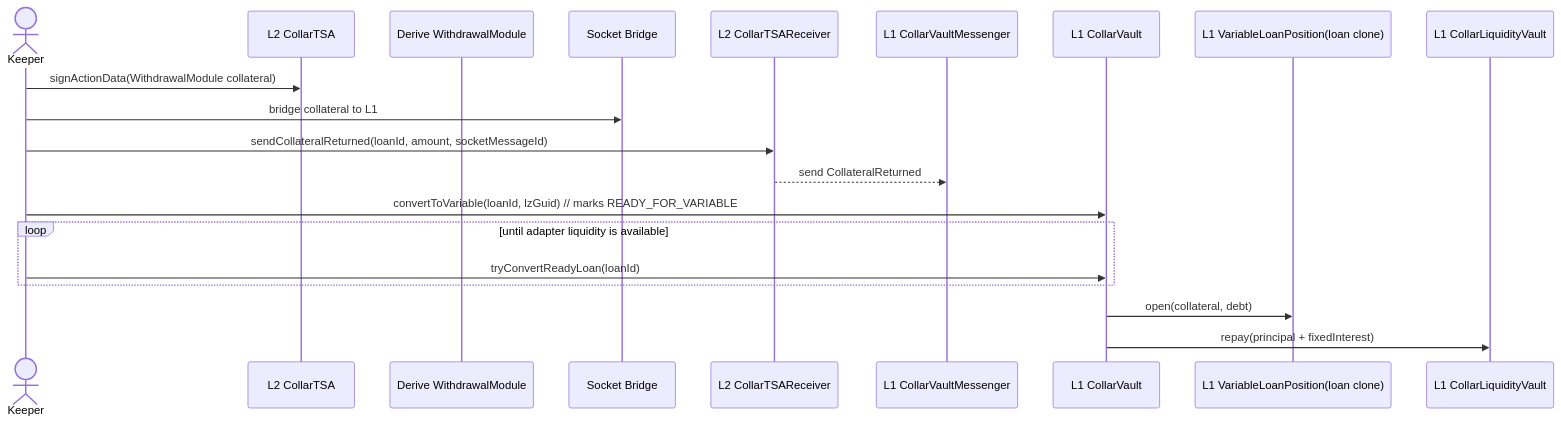
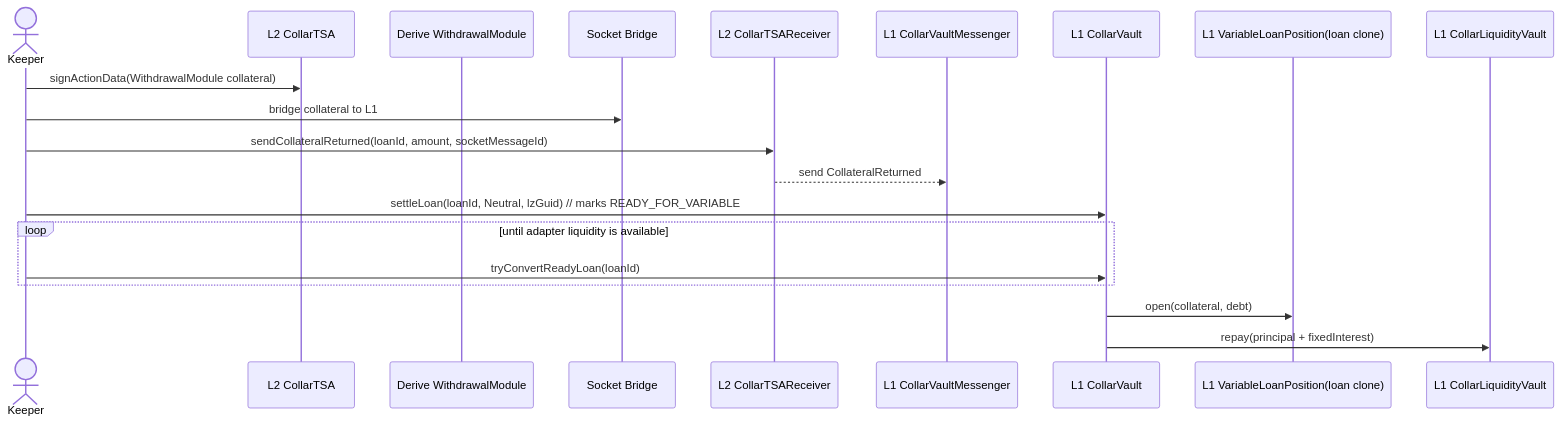
One commit to CollarFi/contracts changed the fourth of 5 diagrams in docs/SPEC.md. Above: the diagram before and after it, drawn with Mermaid. The commit also changed other lines of this file and 6 other files, not shown here.

Commit message:
refactor(settlement): remove convertToVariable entrypoint

````diff
--- a/docs/SPEC.md
+++ b/docs/SPEC.md
@@ -263,23 +263,23 @@
 ```mermaid
 sequenceDiagram
   actor Keeper
   participant TSA as L2 CollarTSA
   participant Withdraw as Derive WithdrawalModule
   participant Socket as Socket Bridge
   participant L2Recv as L2 CollarTSAReceiver
   participant LZ as L1 CollarVaultMessenger
   participant Vault as L1 CollarVault
   participant AdapterPos as L1 VariableLoanPosition(loan clone)
   participant Liquidity as L1 CollarLiquidityVault
 
   Keeper->>TSA: signActionData(WithdrawalModule collateral)
   Keeper->>Socket: bridge collateral to L1
   Keeper->>L2Recv: sendCollateralReturned(loanId, amount, socketMessageId)
   L2Recv-->>LZ: send CollateralReturned
-  Keeper->>Vault: convertToVariable(loanId, lzGuid) // marks READY_FOR_VARIABLE
+  Keeper->>Vault: settleLoan(loanId, Neutral, lzGuid) // marks READY_FOR_VARIABLE
   loop until adapter liquidity is available
     Keeper->>Vault: tryConvertReadyLoan(loanId)
   end
   Vault->>AdapterPos: open(collateral, debt)
   Vault->>Liquidity: repay(principal + fixedInterest)
 ```
````
